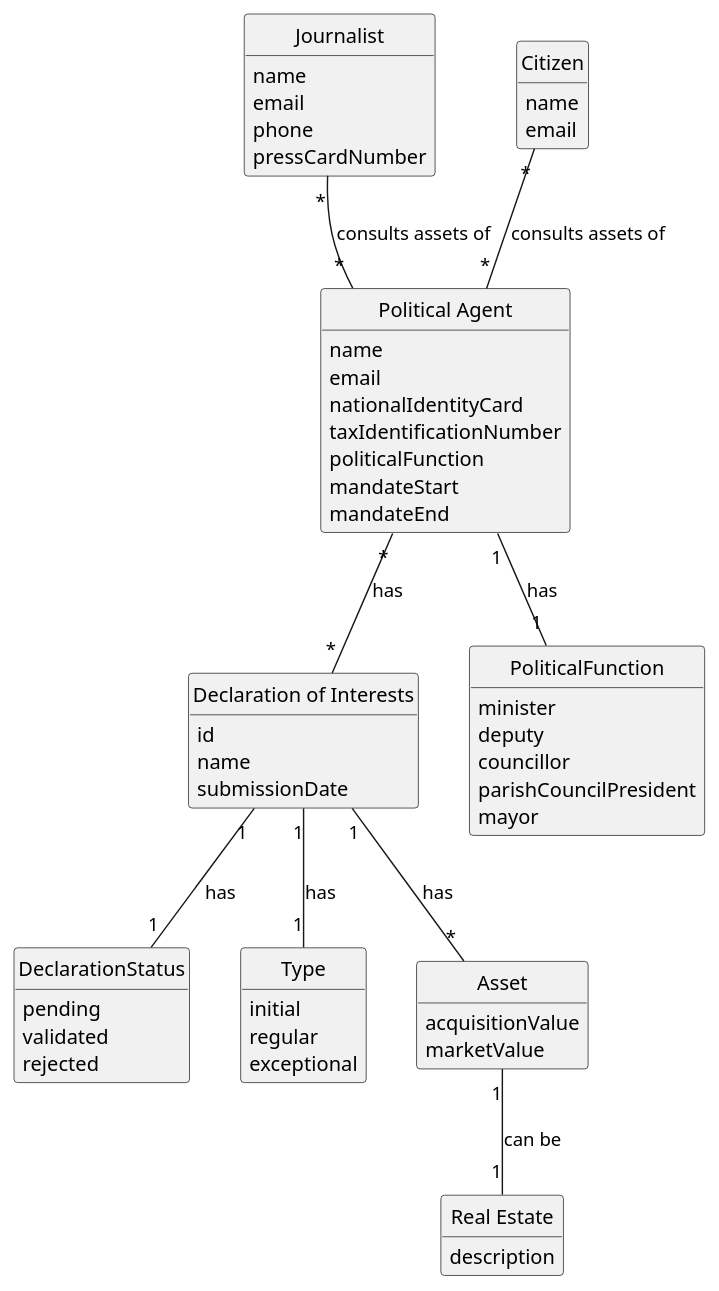
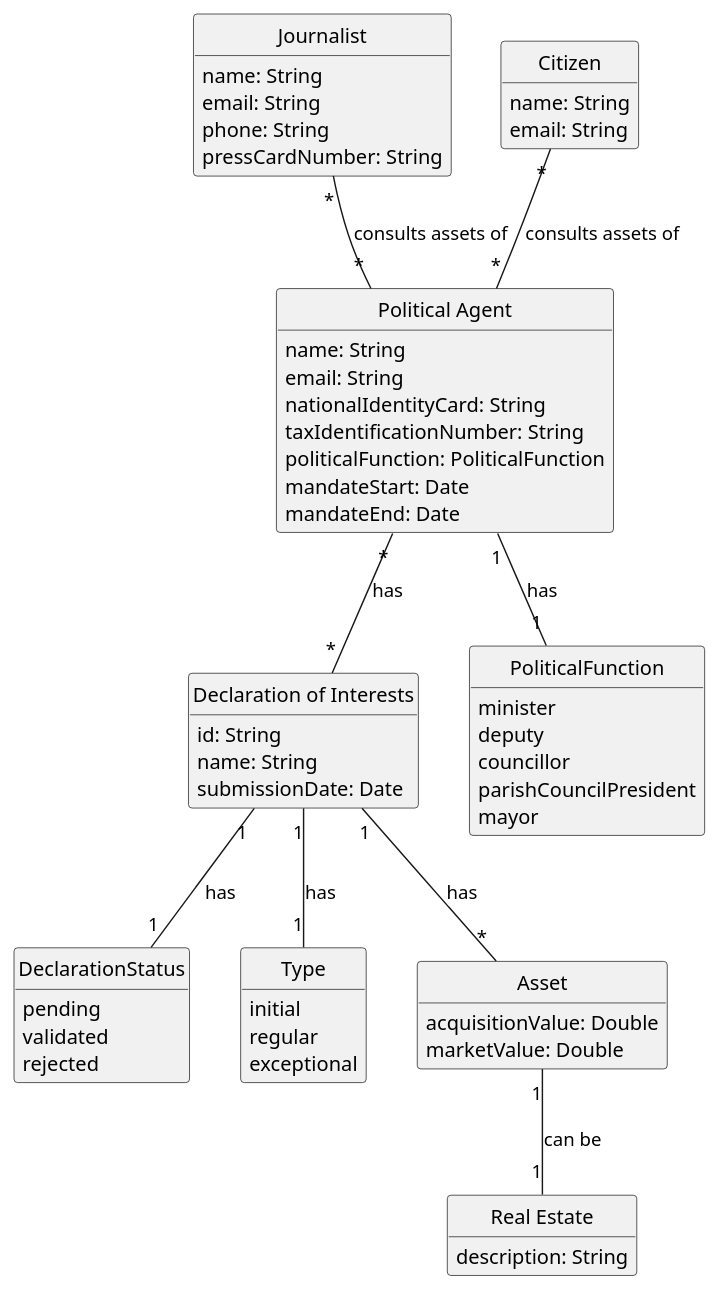
The diagram in docs/system-documentation/US11/02.analysis/US11-DM.puml (brunodspinto/crystal-clear-platform), drawn with PlantUML before and after one commit. The commit also changed 2 other files, not shown here.

Commit message:
Changed some US types in diagrams

```diff
--- a/docs/system-documentation/US11/02.analysis/US11-DM.puml
+++ b/docs/system-documentation/US11/02.analysis/US11-DM.puml
@@ -1,80 +1,80 @@
 @startuml US11-DM
 skinparam monochrome true
 skinparam packageStyle rectangle
 skinparam shadowing false
 skinparam classAttributeIconSize 0
 
 hide circle
 hide methods
 
 class Journalist {
-    name
-    email
-    phone
-    pressCardNumber
+    name: String
+    email: String
+    phone: String
+    pressCardNumber: String
 }
 
 class Citizen {
-    name
-    email
+    name: String
+    email: String
 }
 
 class "Political Agent" as PoliticalAgent {
-    name
-    email
-    nationalIdentityCard
-    taxIdentificationNumber
-    politicalFunction
-    mandateStart
-    mandateEnd
+    name: String
+    email: String
+    nationalIdentityCard: String
+    taxIdentificationNumber: String
+    politicalFunction: PoliticalFunction
+    mandateStart: Date
+    mandateEnd: Date
 }
 
 class "Declaration of Interests" as Declaration {
-    id
-    name
-    submissionDate
+    id: String
+    name: String
+    submissionDate: Date
 }
 
 enum DeclarationStatus {
     pending
     validated
     rejected
 }
 
 enum Type {
     initial
     regular
     exceptional
 }
 
 enum PoliticalFunction {
     minister
     deputy
     councillor
     parishCouncilPresident
     mayor
 }
 
 class Asset {
-    acquisitionValue
-    marketValue
+    acquisitionValue: Double
+    marketValue: Double
 }
 
 class "Real Estate" as RealEstate {
-    description
+    description: String
 }
 
 Journalist "*" -- "*" PoliticalAgent : consults assets of
 Citizen "*" -- "*" PoliticalAgent : consults assets of
 
 PoliticalAgent "*" -- "*" Declaration : has
 
 PoliticalAgent "1" -- "1" PoliticalFunction : has
 
 Declaration "1" -- "1" Type : has
 Declaration "1" -- "1" DeclarationStatus : has
 Declaration "1" -- "*" Asset : has
 
 Asset "1" -- "1" RealEstate : can be
 
 @enduml
```
